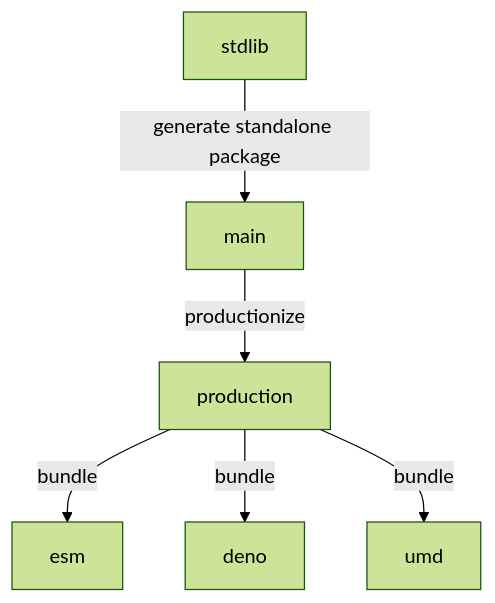
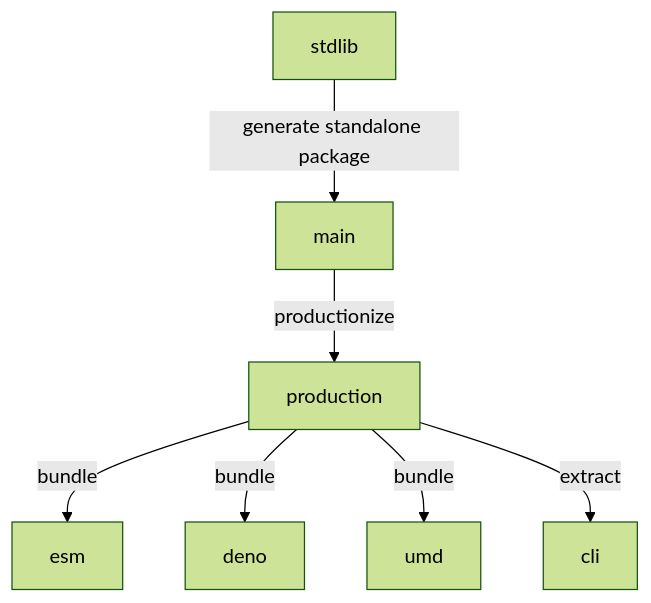
One commit to stdlib-js/string-ends-with changed the diagram in branches.md. Above: the diagram before and after it, drawn with Mermaid (forest theme). The commit also changed other lines of this file and 8 other files, not shown here.

````diff
--- a/branches.md
+++ b/branches.md
@@ -33,15 +34,17 @@
 ```mermaid
 graph TD;
 A[stdlib]-->|generate standalone package|B;
 B[main] -->|productionize| C[production];
 C -->|bundle| D[esm];
 C -->|bundle| E[deno];
 C -->|bundle| F[umd];
+C -->|extract| G[cli];
 
-click A href "https://github.com/stdlib-js/stdlib/tree/develop/lib/node_modules/%40stdlib/string/ends-with"
-click B href "https://github.com/stdlib-js/string-ends-with/tree/main"
-click C href "https://github.com/stdlib-js/string-ends-with/tree/production"
-click D href "https://github.com/stdlib-js/string-ends-with/tree/esm"
-click E href "https://github.com/stdlib-js/string-ends-with/tree/deno"
-click F href "https://github.com/stdlib-js/string-ends-with/tree/umd"
+%% click A href "https://github.com/stdlib-js/stdlib/tree/develop/lib/node_modules/%40stdlib/string/ends-with"
+%% click B href "https://github.com/stdlib-js/string-ends-with/tree/main"
+%% click C href "https://github.com/stdlib-js/string-ends-with/tree/production"
+%% click D href "https://github.com/stdlib-js/string-ends-with/tree/esm"
+%% click E href "https://github.com/stdlib-js/string-ends-with/tree/deno"
+%% click F href "https://github.com/stdlib-js/string-ends-with/tree/umd"
+%% click G href "https://github.com/stdlib-js/string-ends-with/tree/cli"
 ```
````
